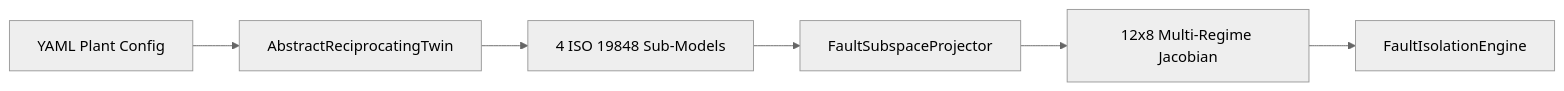
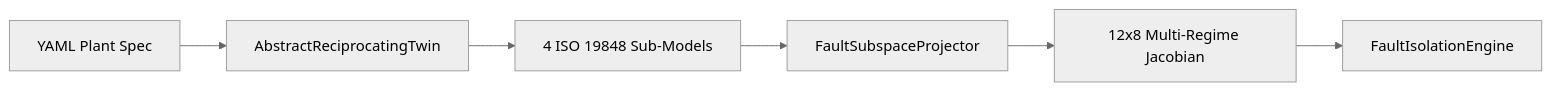
The diagram in README.md (Giorgoskokk06/greybox-ice-twin-showcase), drawn with Mermaid (neutral theme) before and after one commit. The commit also changed other lines of this file and 1 other file, not shown here.

````diff
--- a/README.md
+++ b/README.md
@@ -50,8 +78,8 @@
 ```mermaid
 flowchart LR
-    CFG["YAML Plant Config"] --> TWIN["AbstractReciprocatingTwin"]
+    CFG["YAML Plant Spec"] --> TWIN["AbstractReciprocatingTwin"]
     TWIN --> SM["4 ISO 19848 Sub-Models"]
     SM --> PROJ["FaultSubspaceProjector"]
     PROJ --> OBS["12x8 Multi-Regime Jacobian"]
     OBS --> ISO["FaultIsolationEngine"]
 ```
````
